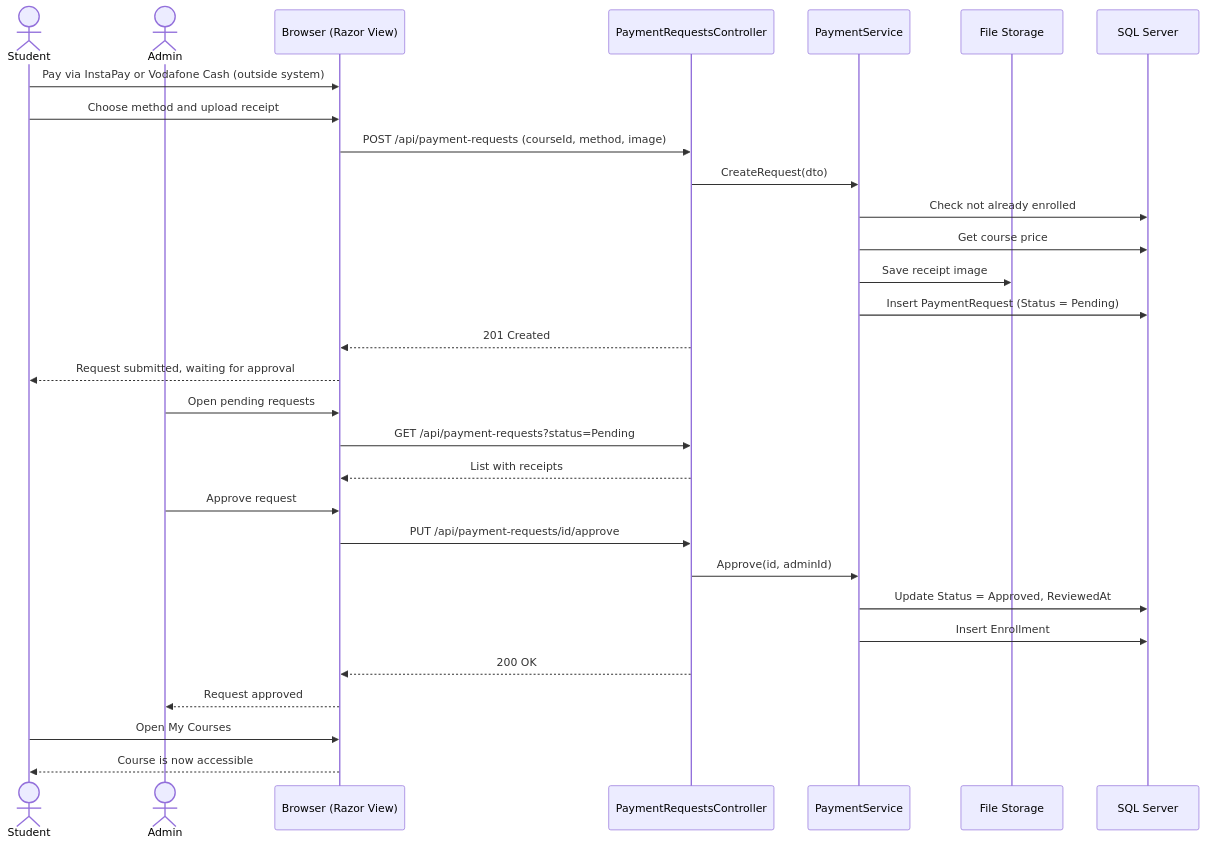
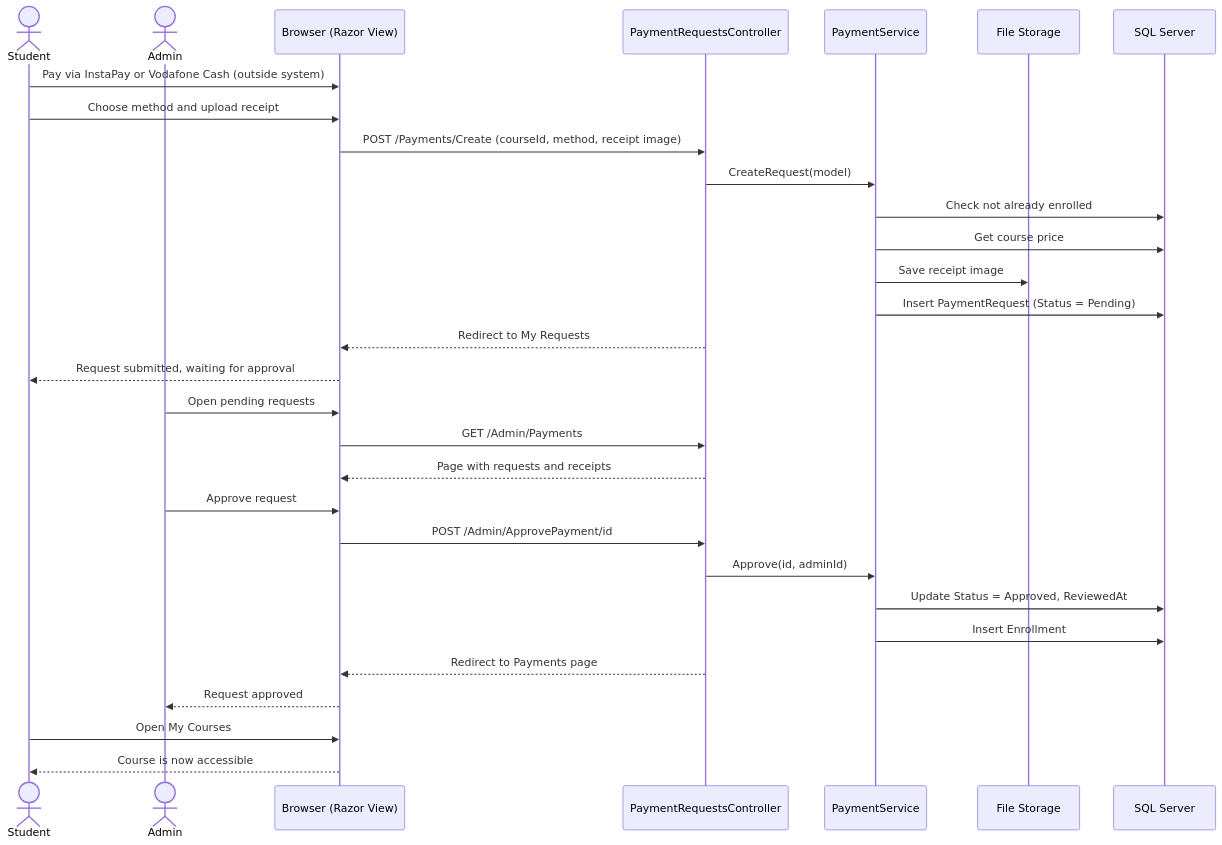
Before and after one commit to MohamedHany1n/Educational-Platform: the second of 3 diagrams in docs/4-analysis-design/07-sequence-diagrams.md, drawn with Mermaid. The commit also changed other lines of this file and 28 other files, not shown here.

````diff
--- a/docs/4-analysis-design/07-sequence-diagrams.md
+++ b/docs/4-analysis-design/07-sequence-diagrams.md
@@ -32,34 +32,34 @@
 ```mermaid
 sequenceDiagram
     actor S as Student
     actor A as Admin
     participant FE as Browser (Razor View)
     participant API as PaymentRequestsController
     participant SV as PaymentService
     participant FS as File Storage
     participant DB as SQL Server
 
     S->>FE: Pay via InstaPay or Vodafone Cash (outside system)
     S->>FE: Choose method and upload receipt
-    FE->>API: POST /api/payment-requests (courseId, method, image)
-    API->>SV: CreateRequest(dto)
+    FE->>API: POST /Payments/Create (courseId, method, receipt image)
+    API->>SV: CreateRequest(model)
     SV->>DB: Check not already enrolled
     SV->>DB: Get course price
     SV->>FS: Save receipt image
     SV->>DB: Insert PaymentRequest (Status = Pending)
-    API-->>FE: 201 Created
+    API-->>FE: Redirect to My Requests
     FE-->>S: Request submitted, waiting for approval
 
     A->>FE: Open pending requests
-    FE->>API: GET /api/payment-requests?status=Pending
-    API-->>FE: List with receipts
+    FE->>API: GET /Admin/Payments
+    API-->>FE: Page with requests and receipts
     A->>FE: Approve request
-    FE->>API: PUT /api/payment-requests/id/approve
+    FE->>API: POST /Admin/ApprovePayment/id
     API->>SV: Approve(id, adminId)
     SV->>DB: Update Status = Approved, ReviewedAt
     SV->>DB: Insert Enrollment
-    API-->>FE: 200 OK
+    API-->>FE: Redirect to Payments page
     FE-->>A: Request approved
     S->>FE: Open My Courses
     FE-->>S: Course is now accessible
 ```
````
